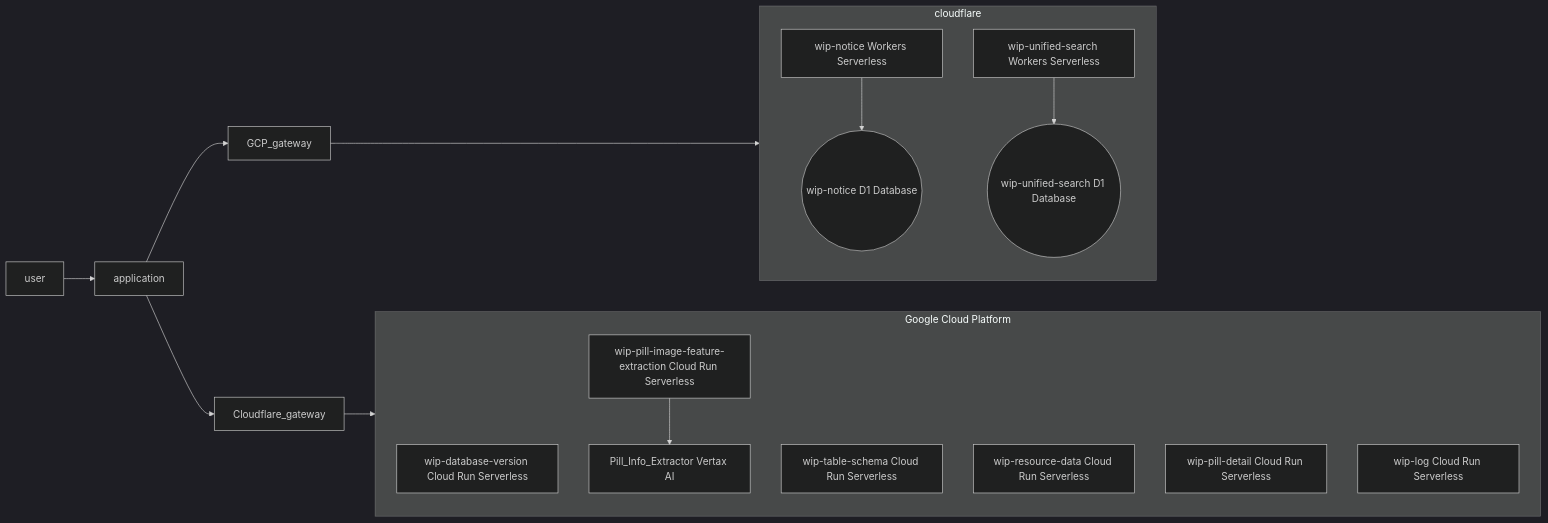
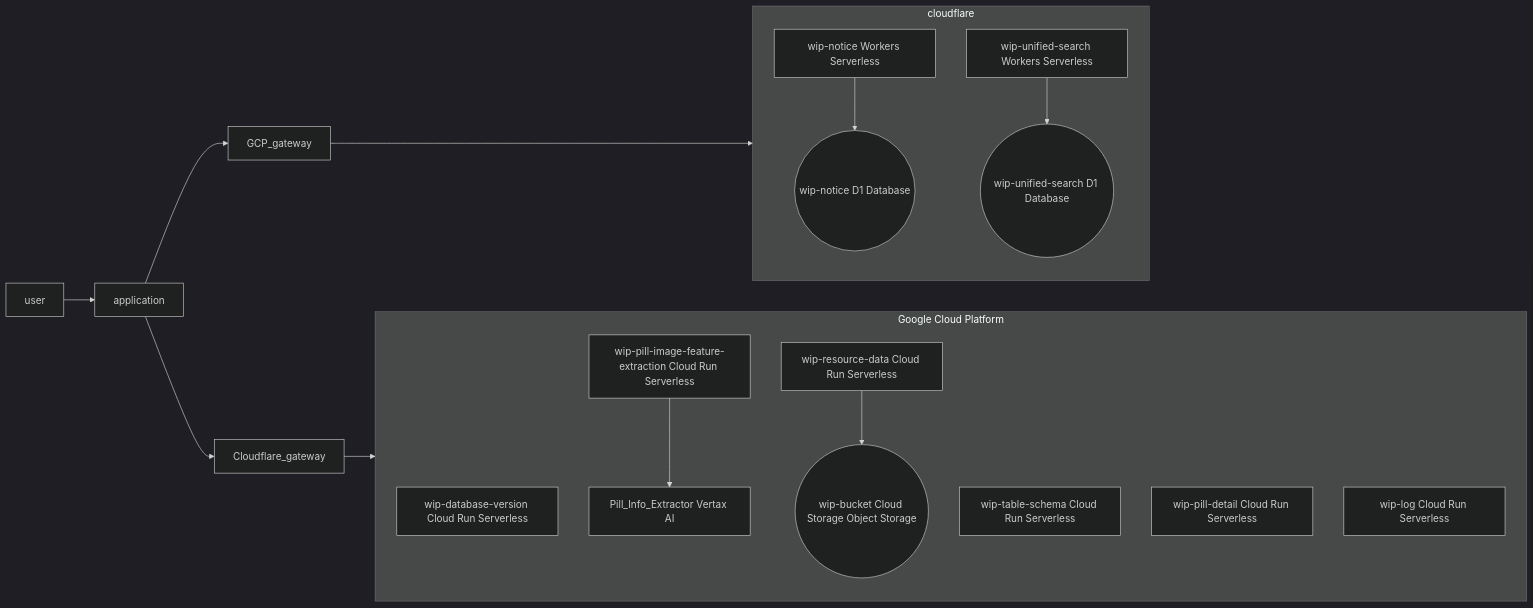
One commit to KNUT-Capstone-Design-team-1/wip-document changed the diagram in diagram/시스템_아키텍처.md. Above: the diagram before and after it, drawn with Mermaid (dark theme).

Commit message:
docs: 구글 클라우드 스토리지 추가

````diff
--- a/diagram/시스템_아키텍처.md
+++ b/diagram/시스템_아키텍처.md
@@ -1,44 +1,48 @@
 ```mermaid
 flowchart LR
     user
     application
     GCP_gateway
     Cloudflare_gateway
 
 
     %% 클라우드 플레어
     subgraph cloudflare[cloudflare]
         wip-notice-workers["wip-notice Workers Serverless"]
         wip-notice-d1(("wip-notice D1 Database"))
         wip-unified-search-workers["wip-unified-search Workers Serverless"]
         wip-unified-search-d1(("wip-unified-search D1 Database"))
 
         wip-notice-workers --> wip-notice-d1
         wip-unified-search-workers --> wip-unified-search-d1
     end
 
     
     %% GCP
     subgraph gcp[Google Cloud Platform]
         wip-database-version["wip-database-version Cloud Run Serverless"]
         wip-table-schema["wip-table-schema Cloud Run Serverless"]
         wip-resource-data["wip-resource-data Cloud Run Serverless"]
         wip-pill-detail["wip-pill-detail Cloud Run Serverless"]
         wip-log["wip-log Cloud Run Serverless"]
 
         wip-pill-image-feature-extraction["wip-pill-image-feature-extraction Cloud Run Serverless"]
         Pill_Info_Extractor["Pill_Info_Extractor Vertax AI"]
 
         wip-pill-image-feature-extraction --> Pill_Info_Extractor
+
+        wip-bucket(("wip-bucket Cloud Storage Object Storage"))
+
+        wip-resource-data --> wip-bucket
     end
 
 
     %% entry point
     user --> application
     
     application --> GCP_gateway
     application --> Cloudflare_gateway
 
     GCP_gateway --> cloudflare
     Cloudflare_gateway --> gcp
 ```
````
